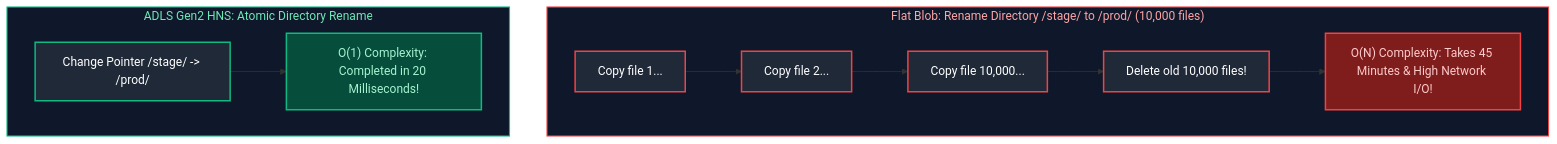
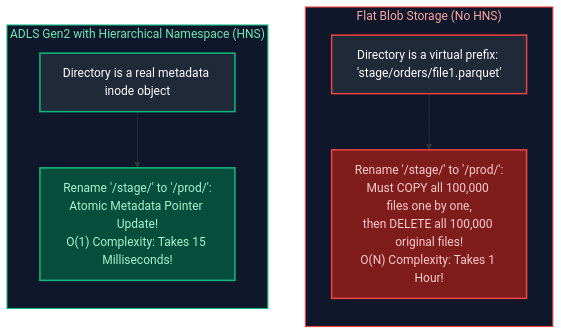
Diagram 11 of 11 in Data Engineering/07_file_formats_and_storage.md (joydeep-biswas/Interview-Preparation), drawn with Mermaid before and after one commit. The commit also changed other lines of this file and 143 other files, not shown here.

````diff
--- a/Data Engineering/07_file_formats_and_storage.md
+++ b/Data Engineering/07_file_formats_and_storage.md
@@ -683,23 +697,23 @@
 ```mermaid
 flowchart TD
-    subgraph FlatBlobRename ["Flat Blob: Rename Directory /stage/ to /prod/ (10,000 files)"]
-        F1["Copy file 1..."] --> F2["Copy file 2..."] --> FN["Copy file 10,000..."]
-        FN --> Del["Delete old 10,000 files!"]
-        Del --> Slow["O(N) Complexity: Takes 45 Minutes & High Network I/O!"]
+    subgraph FlatBlobStorage ["Flat Blob Storage (No HNS)"]
+        direction TB
+        F1["Directory is a virtual prefix: 'stage/orders/file1.parquet'"]
+        FRename["Rename '/stage/' to '/prod/':<br/>Must COPY all 100,000 files one by one,<br/>then DELETE all 100,000 original files!<br/>O(N) Complexity: Takes 1 Hour!"]
+        F1 --> FRename
     end
 
-    subgraph HNSRename ["ADLS Gen2 HNS: Atomic Directory Rename"]
-        Pointer["Change Pointer /stage/ -> /prod/"] --> Instant["O(1) Complexity: Completed in 20 Milliseconds!"]
+    subgraph ADLS_Gen2_HNS ["ADLS Gen2 with Hierarchical Namespace (HNS)"]
+        direction TB
+        H1["Directory is a real metadata inode object"]
+        HRename["Rename '/stage/' to '/prod/':<br/>Atomic Metadata Pointer Update!<br/>O(1) Complexity: Takes 15 Milliseconds!"]
+        H1 --> HRename
     end
 
-    style FlatBlobRename fill:#0f172a,stroke:#ef4444,stroke-width:1.5px,color:#fca5a5
-    style HNSRename fill:#0f172a,stroke:#10b981,stroke-width:1.5px,color:#6ee7b7
-
+    style FlatBlobStorage fill:#0f172a,stroke:#ef4444,stroke-width:1.5px,color:#fca5a5
+    style ADLS_Gen2_HNS fill:#0f172a,stroke:#10b981,stroke-width:1.5px,color:#6ee7b7
     style F1 fill:#1f2937,stroke:#ef4444,stroke-width:2px,color:#fff
-    style F2 fill:#1f2937,stroke:#ef4444,stroke-width:2px,color:#fff
-    style FN fill:#1f2937,stroke:#ef4444,stroke-width:2px,color:#fff
-    style Del fill:#1f2937,stroke:#ef4444,stroke-width:2px,color:#fff
-    style Slow fill:#7f1d1d,stroke:#ef4444,stroke-width:2px,color:#fecaca
-    style Pointer fill:#1f2937,stroke:#10b981,stroke-width:2px,color:#fff
-    style Instant fill:#064e3b,stroke:#10b981,stroke-width:2px,color:#a7f3d0
+    style FRename fill:#7f1d1d,stroke:#ef4444,stroke-width:2px,color:#fecaca
+    style H1 fill:#1f2937,stroke:#10b981,stroke-width:2px,color:#fff
+    style HRename fill:#064e3b,stroke:#10b981,stroke-width:2px,color:#a7f3d0
 ```
````
